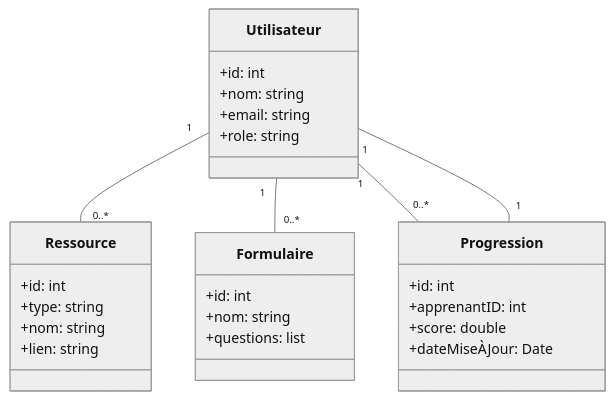
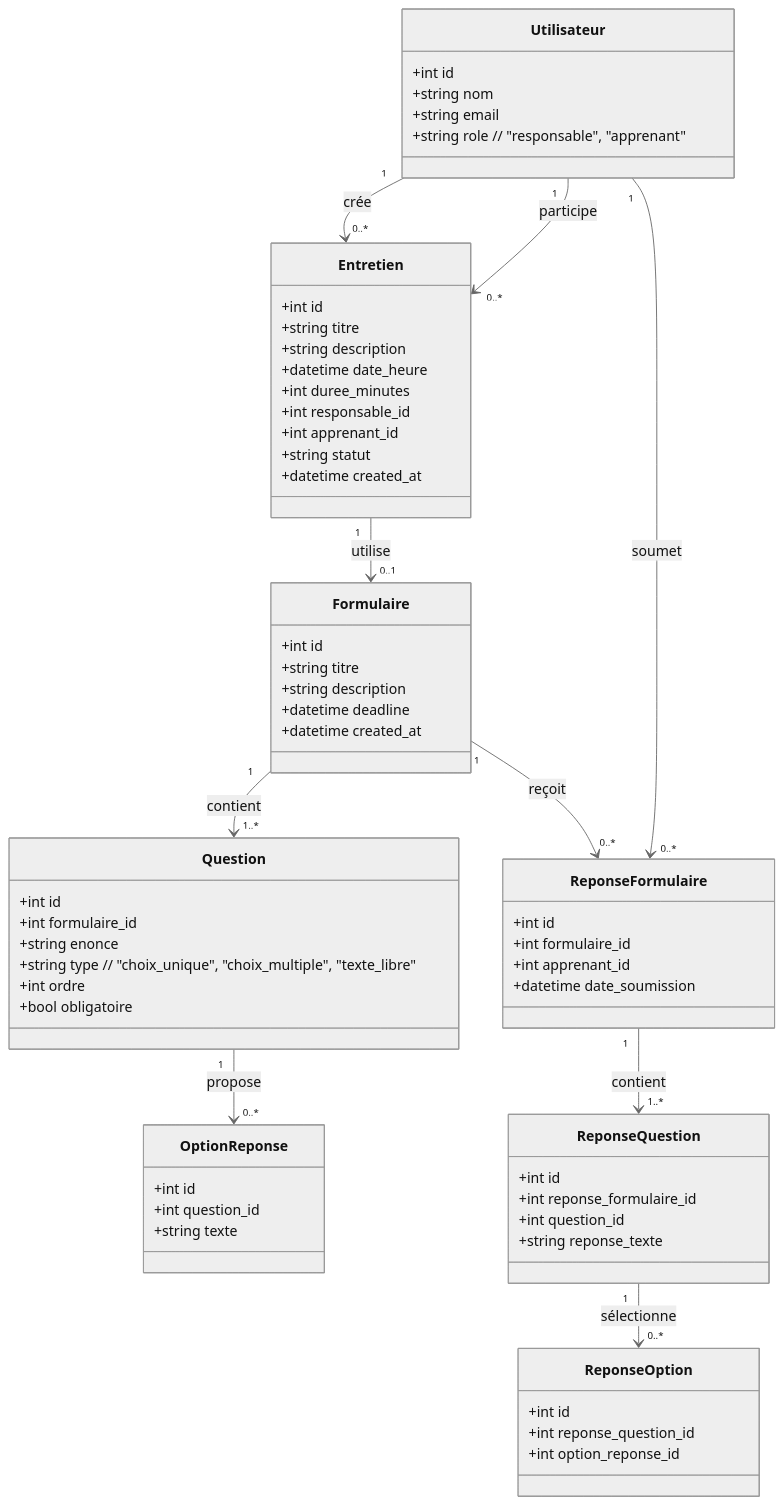
The diagram in Branche Technique/Conception/Diagram_Class.mmd (bardichoussama/FileRouge), drawn with Mermaid (neutral theme) before and after one commit.

```diff
--- a/Branche Technique/Conception/Diagram_Class.mmd
+++ b/Branche Technique/Conception/Diagram_Class.mmd
@@ -1,32 +1,73 @@
 classDiagram
-    class Utilisateur {
-        +id: int
-        +nom: string
-        +email: string
-        +role: string
-    }
 
-    class Ressource {
-        +id: int
-        +type: string
-        +nom: string
-        +lien: string
-    }
+class Utilisateur {
+  +int id
+  +string nom
+  +string email
+  +string role // "responsable", "apprenant"
+}
 
-    class Formulaire {
-        +id: int
-        +nom: string
-        +questions: list<string>
-    }
+class Entretien {
+  +int id
+  +string titre
+  +string description
+  +datetime date_heure
+  +int duree_minutes
+  +int responsable_id
+  +int apprenant_id
+  +string statut
+  +datetime created_at
+}
 
-    class Progression {
-        +id: int
-        +apprenantID: int
-        +score: double
-        +dateMiseÀJour: Date
-    }
+class Formulaire {
+  +int id
+  +string titre
+  +string description
+  +datetime deadline
+  +datetime created_at
+}
 
-    Utilisateur "1" -- "0..*" Ressource
-    Utilisateur "1" -- "0..*" Formulaire
-    Utilisateur "1" -- "0..*" Progression
-    Progression "1" -- "1" Utilisateur
+class Question {
+  +int id
+  +int formulaire_id
+  +string enonce
+  +string type // "choix_unique", "choix_multiple", "texte_libre"
+  +int ordre
+  +bool obligatoire
+}
+
+class OptionReponse {
+  +int id
+  +int question_id
+  +string texte
+}
+
+class ReponseFormulaire {
+  +int id
+  +int formulaire_id
+  +int apprenant_id
+  +datetime date_soumission
+}
+
+class ReponseQuestion {
+  +int id
+  +int reponse_formulaire_id
+  +int question_id
+  +string reponse_texte
+}
+
+class ReponseOption {
+  +int id
+  +int reponse_question_id
+  +int option_reponse_id
+}
+
+Utilisateur "1" --> "0..*" Entretien : crée
+Utilisateur "1" --> "0..*" Entretien : participe
+Entretien "1" --> "0..1" Formulaire : utilise
+Formulaire "1" --> "1..*" Question : contient
+Question "1" --> "0..*" OptionReponse : propose
+Utilisateur "1" --> "0..*" ReponseFormulaire : soumet
+Formulaire "1" --> "0..*" ReponseFormulaire : reçoit
+ReponseFormulaire "1" --> "1..*" ReponseQuestion : contient
+ReponseQuestion "1" --> "0..*" ReponseOption : sélectionne
```
